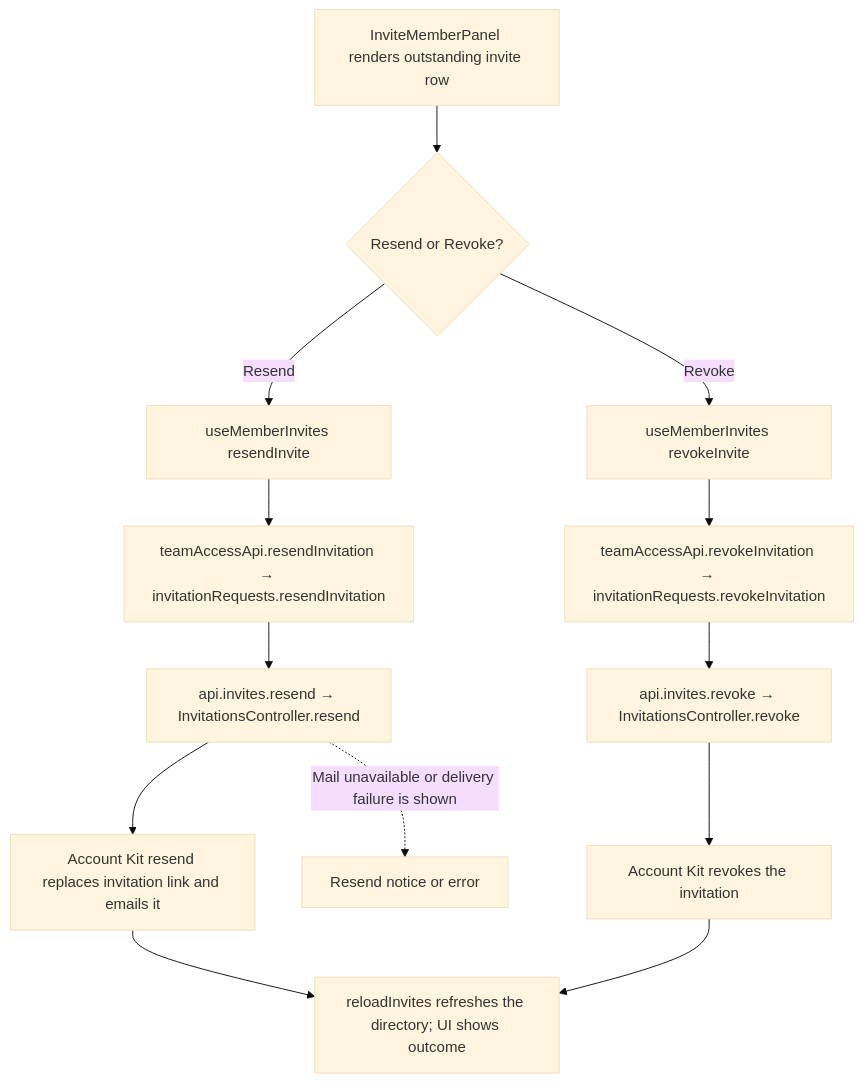
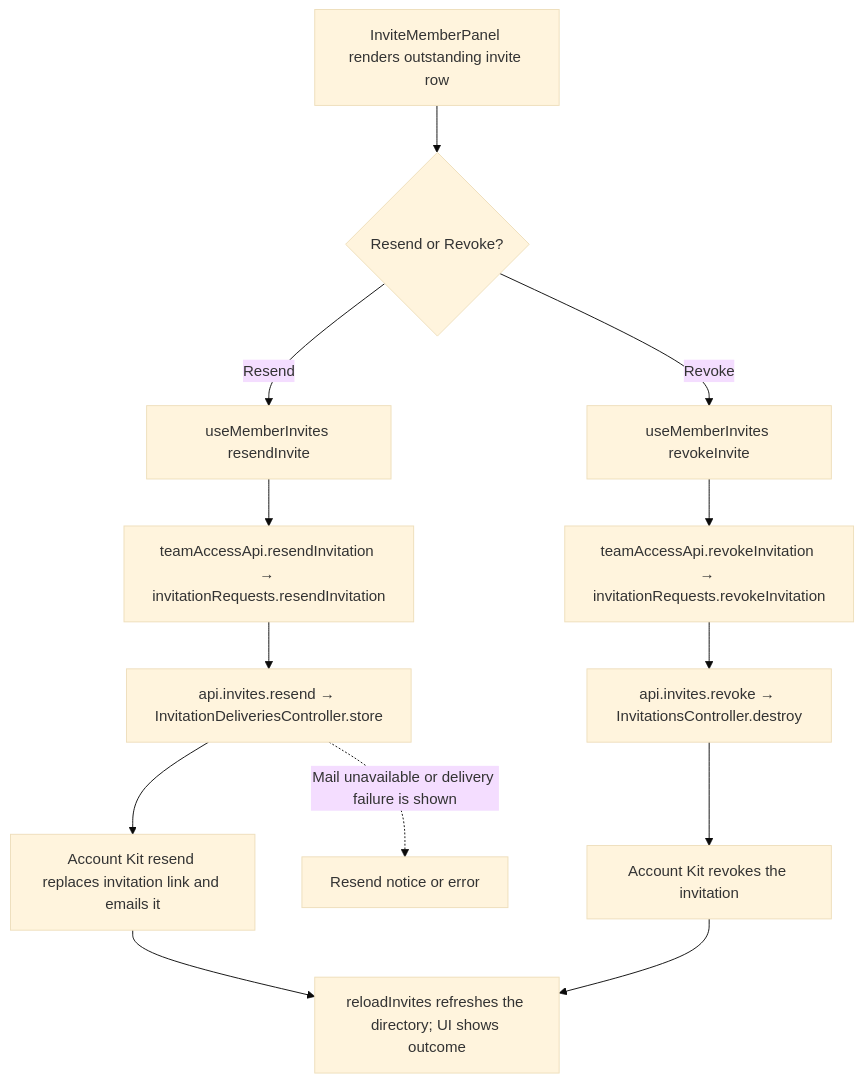
The second of 2 diagrams in user-stories/team/US-TEAM-03-manage-invitation.md (Kevinjohn/capacitylens), drawn with Mermaid (base theme) before and after one commit. The commit also changed other lines of this file and 139 other files, not shown here.

````diff
--- a/user-stories/team/US-TEAM-03-manage-invitation.md
+++ b/user-stories/team/US-TEAM-03-manage-invitation.md
@@ -32,15 +32,15 @@
 ```mermaid
 flowchart TD
     Row["InviteMemberPanel renders outstanding invite row"] --> Action{"Resend or Revoke?"}
     Action -->|"Resend"| ResendHook["useMemberInvites resendInvite"]
     ResendHook --> ResendClient["teamAccessApi.resendInvitation → invitationRequests.resendInvitation"]
-    ResendClient --> ResendRoute["api.invites.resend → InvitationsController.resend"]
+    ResendClient --> ResendRoute["api.invites.resend → InvitationDeliveriesController.store"]
     ResendRoute --> KitResend["Account Kit resend replaces invitation link and emails it"]
     KitResend --> Reload["reloadInvites refreshes the directory; UI shows outcome"]
     Action -->|"Revoke"| RevokeHook["useMemberInvites revokeInvite"]
     RevokeHook --> RevokeClient["teamAccessApi.revokeInvitation → invitationRequests.revokeInvitation"]
-    RevokeClient --> RevokeRoute["api.invites.revoke → InvitationsController.revoke"]
+    RevokeClient --> RevokeRoute["api.invites.revoke → InvitationsController.destroy"]
     RevokeRoute --> KitRevoke["Account Kit revokes the invitation"]
     KitRevoke --> Reload
     ResendRoute -. "Mail unavailable or delivery failure is shown" .-> Error["Resend notice or error"]
 ```
````
